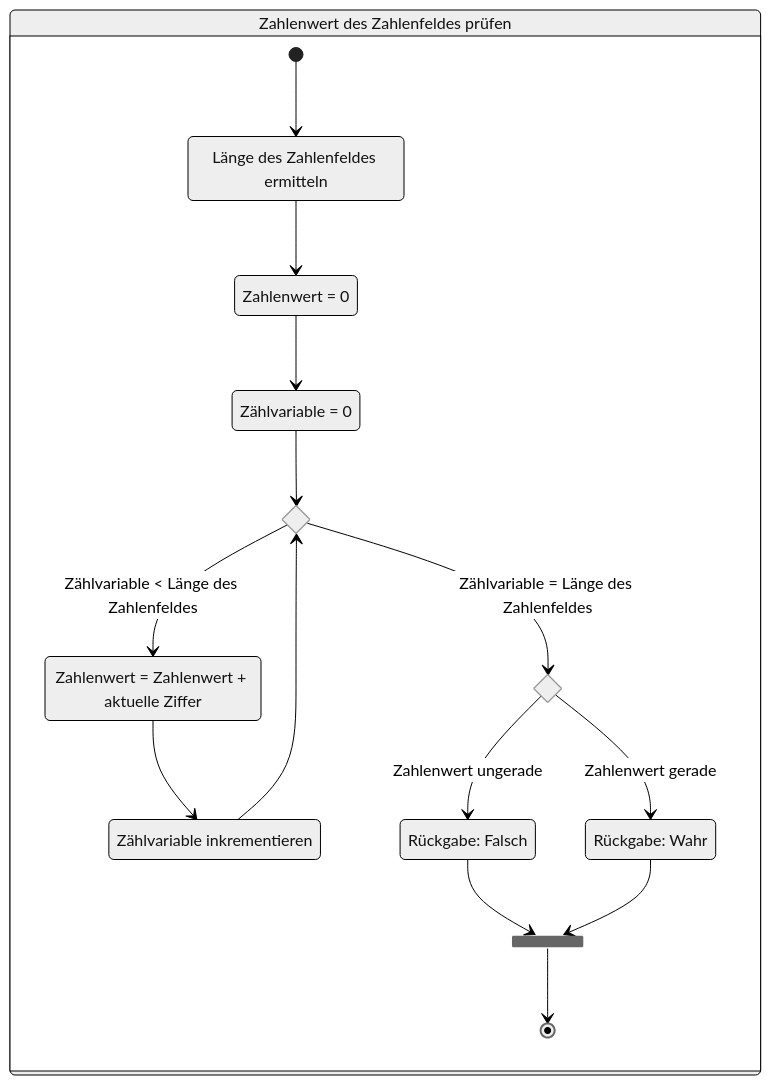
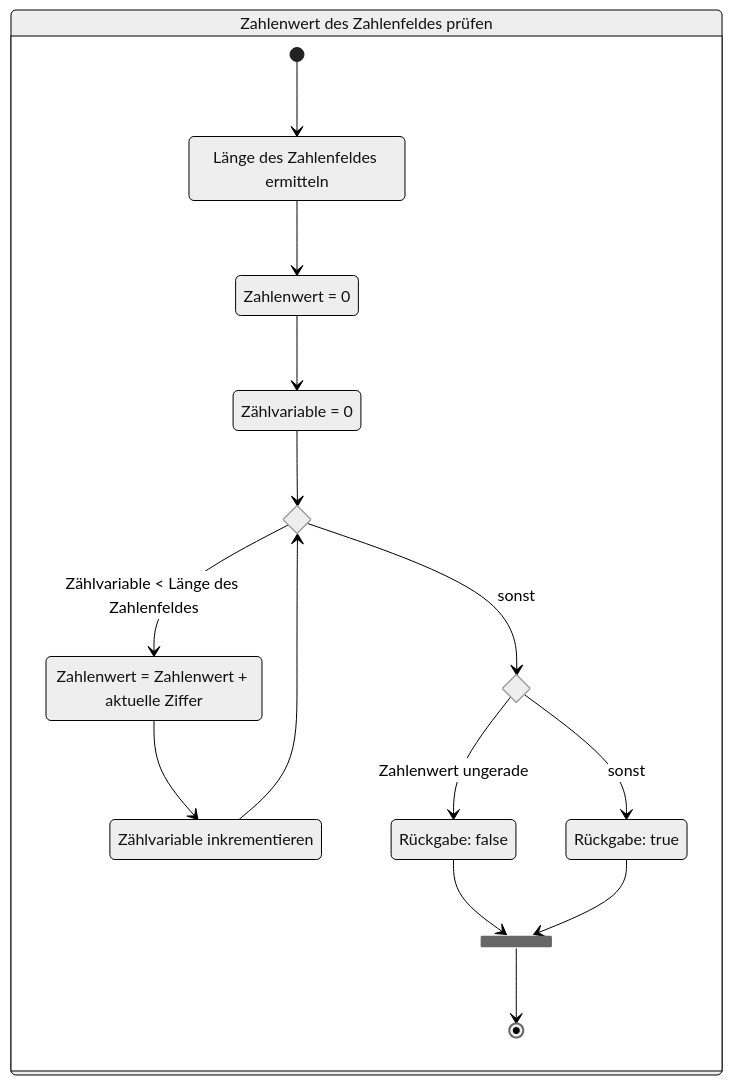
One commit to jappuccini/java-docs changed the sixth of 8 diagrams in docs/additional-material/daniel/sample-exam-java1.md. Above: the diagram before and after it, drawn with Mermaid (neutral theme). The commit also changed other lines of this file and 5 other files, not shown here.

Commit message:
Update Activity Diagrams and Add New Exam Exercises

````diff
--- a/docs/additional-material/daniel/sample-exam-java1.md
+++ b/docs/additional-material/daniel/sample-exam-java1.md
@@ -386,28 +391,30 @@
 ```mermaid
-stateDiagram
-    state "Zahlenwert des Zahlenfeldes prüfen" as cpv {
-        state "Länge des Zahlenfeldes ermitteln" as cpv1
-        state "Zahlenwert = 0" as cpv2
-        state "Zählvariable = 0" as cpv3
-        state "Zahlenwert = Zahlenwert + aktuelle Ziffer" as cpv4
-        state "Zählvariable inkrementieren" as cpv5
-        state "Rückgabe: Falsch" as cpv6
-        state "Rückgabe: Wahr" as cpv7
-        state cpvif1 <<choice>>
-        state cpvif2 <<choice>>
-        state cpvfork <<fork>>
-        [*] --> cpv1
-        cpv1 --> cpv2
-        cpv2 --> cpv3
-        cpv3 --> cpvif1
-        cpvif1 --> cpv4: Zählvariable < Länge des Zahlenfeldes
-        cpv4 --> cpv5
-        cpv5 --> cpvif1
-        cpvif1 --> cpvif2: Zählvariable = Länge des Zahlenfeldes
-        cpvif2 --> cpv6: Zahlenwert ungerade
-        cpvif2 --> cpv7: Zahlenwert gerade
-        cpv6 --> cpvfork
-        cpv7 --> cpvfork
-        cpvfork --> [*]
+stateDiagram-v2
+    state "Länge des Zahlenfeldes ermitteln" as state1
+    state "Zahlenwert = 0" as state2
+    state "Zählvariable = 0" as state3
+    state "Zahlenwert = Zahlenwert + aktuelle Ziffer" as state4
+    state "Zählvariable inkrementieren" as state5
+    state "Rückgabe: false" as state6
+    state "Rückgabe: true" as state7
+
+    state if1 <<choice>>
+    state if2 <<choice>>
+    state fork <<fork>>
+
+    state "Zahlenwert des Zahlenfeldes prüfen" as checkPinValue {
+        [*] --> state1
+        state1 --> state2
+        state2 --> state3
+        state3 --> if1
+        if1 --> state4: Zählvariable < Länge des Zahlenfeldes
+        state4 --> state5
+        state5 --> if1
+        if1 --> if2: sonst
+        if2 --> state6: Zahlenwert ungerade
+        if2 --> state7: sonst
+        state6 --> fork
+        state7 --> fork
+        fork --> [*]
     }
 ```
````
